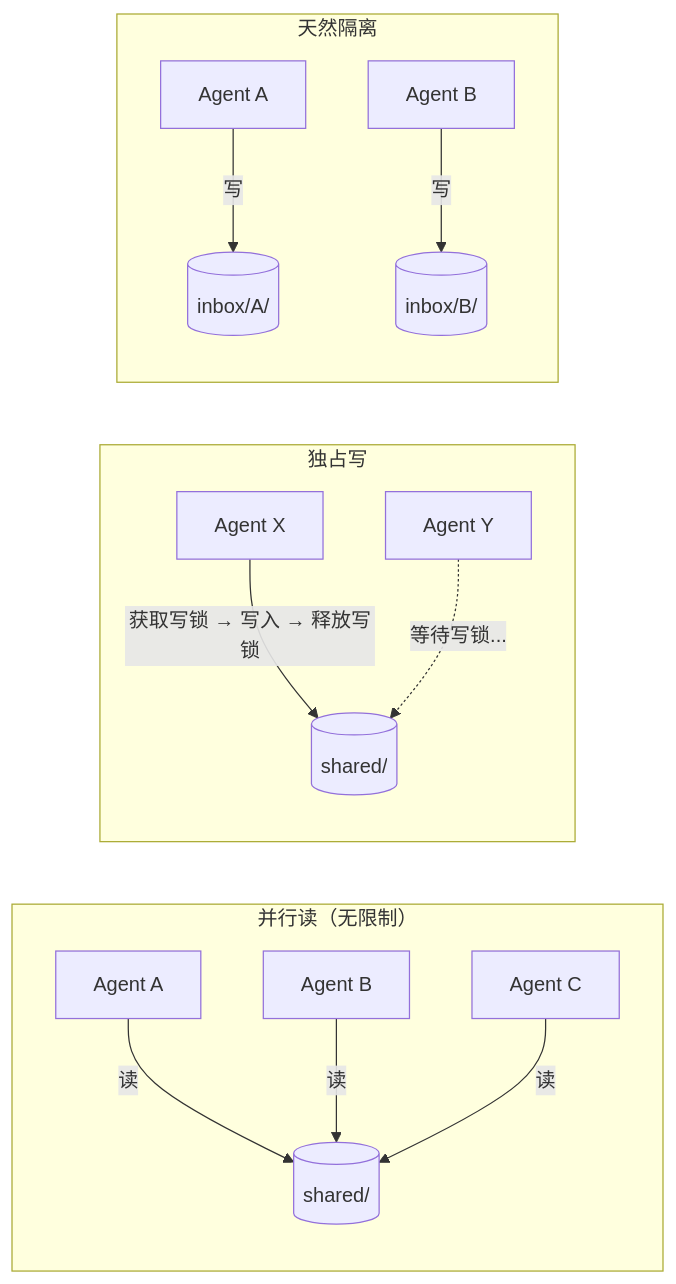
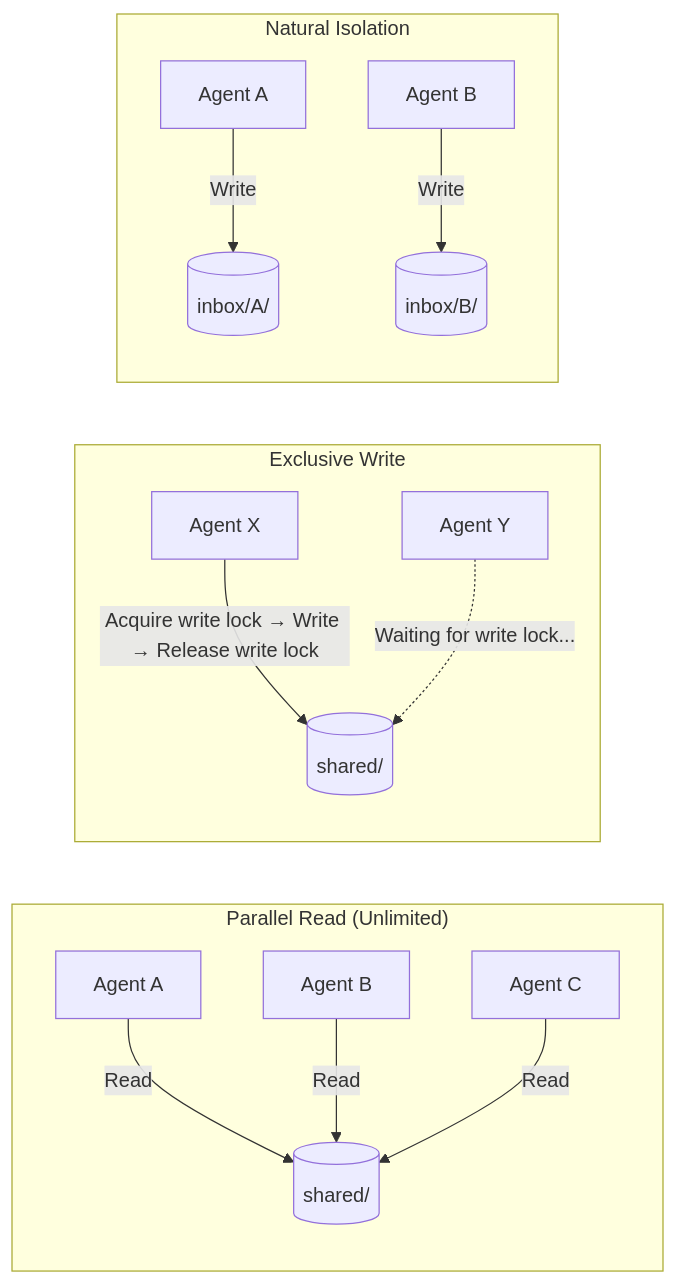
One commit to lchaoer/Polygents changed the third of 10 diagrams in docs/design.md. Above: the diagram before and after it, drawn with Mermaid. The commit also changed other lines of this file and 4 other files, not shown here.

````diff
--- a/docs/design.md
+++ b/docs/design.md
@@ -207,18 +207,18 @@
 ```mermaid
 graph LR
-    subgraph "并行读（无限制）"
-        A1[Agent A] -->|读| S[(shared/)]
-        A2[Agent B] -->|读| S
-        A3[Agent C] -->|读| S
+    subgraph "Parallel Read (Unlimited)"
+        A1[Agent A] -->|Read| S[(shared/)]
+        A2[Agent B] -->|Read| S
+        A3[Agent C] -->|Read| S
     end
 
-    subgraph "独占写"
-        A4[Agent X] -->|"获取写锁 → 写入 → 释放写锁"| S2[(shared/)]
-        A5[Agent Y] -.->|"等待写锁..."| S2
+    subgraph "Exclusive Write"
+        A4[Agent X] -->|"Acquire write lock → Write → Release write lock"| S2[(shared/)]
+        A5[Agent Y] -.->|"Waiting for write lock..."| S2
     end
 
-    subgraph "天然隔离"
-        A6[Agent A] -->|写| I1[(inbox/A/)]
-        A7[Agent B] -->|写| I2[(inbox/B/)]
+    subgraph "Natural Isolation"
+        A6[Agent A] -->|Write| I1[(inbox/A/)]
+        A7[Agent B] -->|Write| I2[(inbox/B/)]
     end
 ```
````
